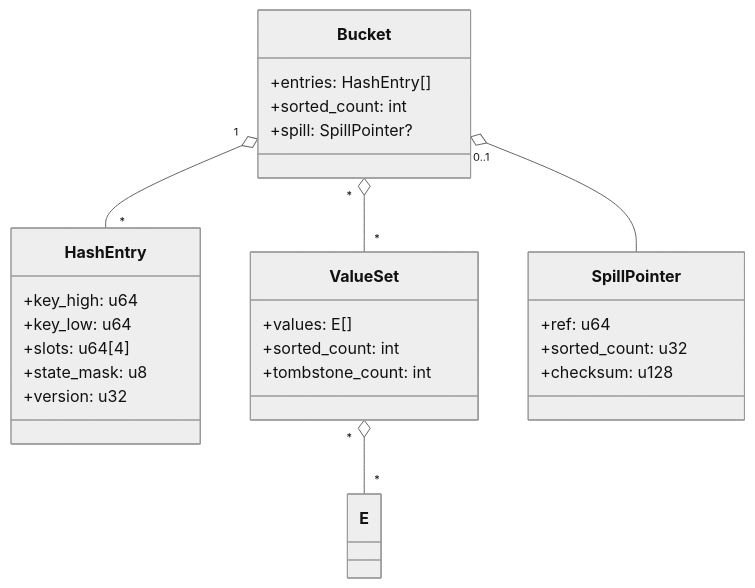
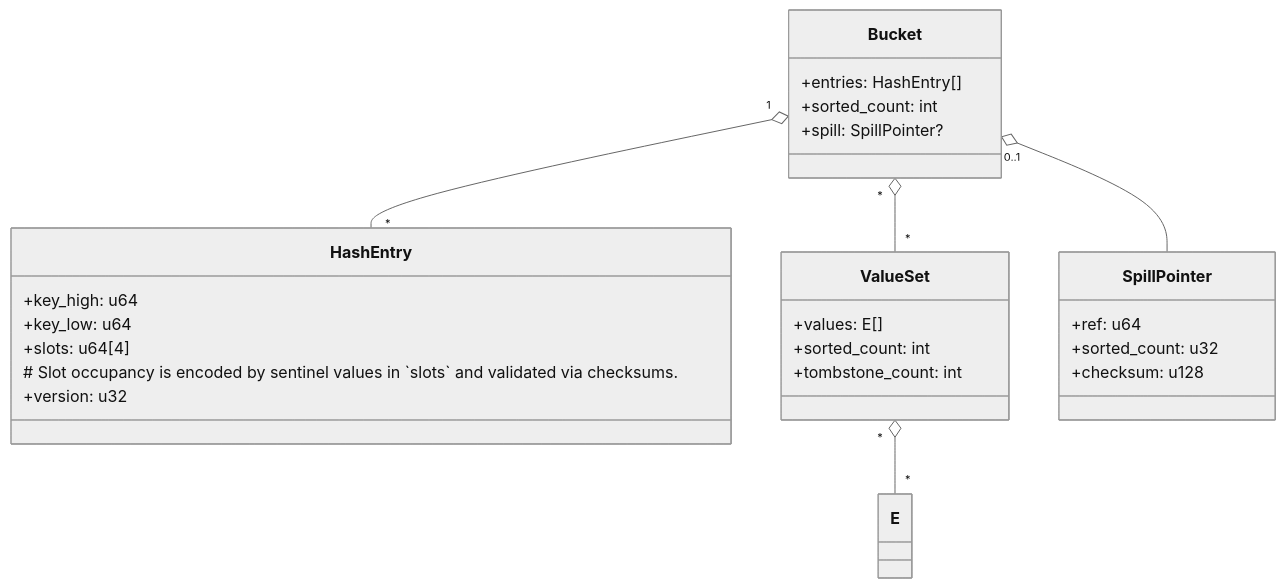
One commit to amogorkon/cidstore changed the second of 2 diagrams in docs/nav/store.md. Above: the diagram before and after it, drawn with Mermaid (neutral theme). The commit also changed other lines of this file and 44 other files, not shown here.

````diff
--- a/docs/nav/store.md
+++ b/docs/nav/store.md
@@ -100,29 +100,29 @@
 ```mermaid
 classDiagram
     class Bucket {
         +entries: HashEntry[]
         +sorted_count: int
         +spill: SpillPointer?
     }
     class HashEntry {
         +key_high: u64
         +key_low: u64
         +slots: u64[4]
-        +state_mask: u8
+    # Slot occupancy is encoded by sentinel values in `slots` and validated via checksums.
         +version: u32
     }
     class ValueSet {
         +values: E[]
         +sorted_count: int
         +tombstone_count: int
     }
     class SpillPointer {
         +ref: u64
         +sorted_count: u32
         +checksum: u128
     }
     Bucket "1" o-- "*" HashEntry
     Bucket "0..1" o-- SpillPointer
     Bucket "*" o-- "*" ValueSet
     ValueSet "*" o-- "*" E
 ```
````
